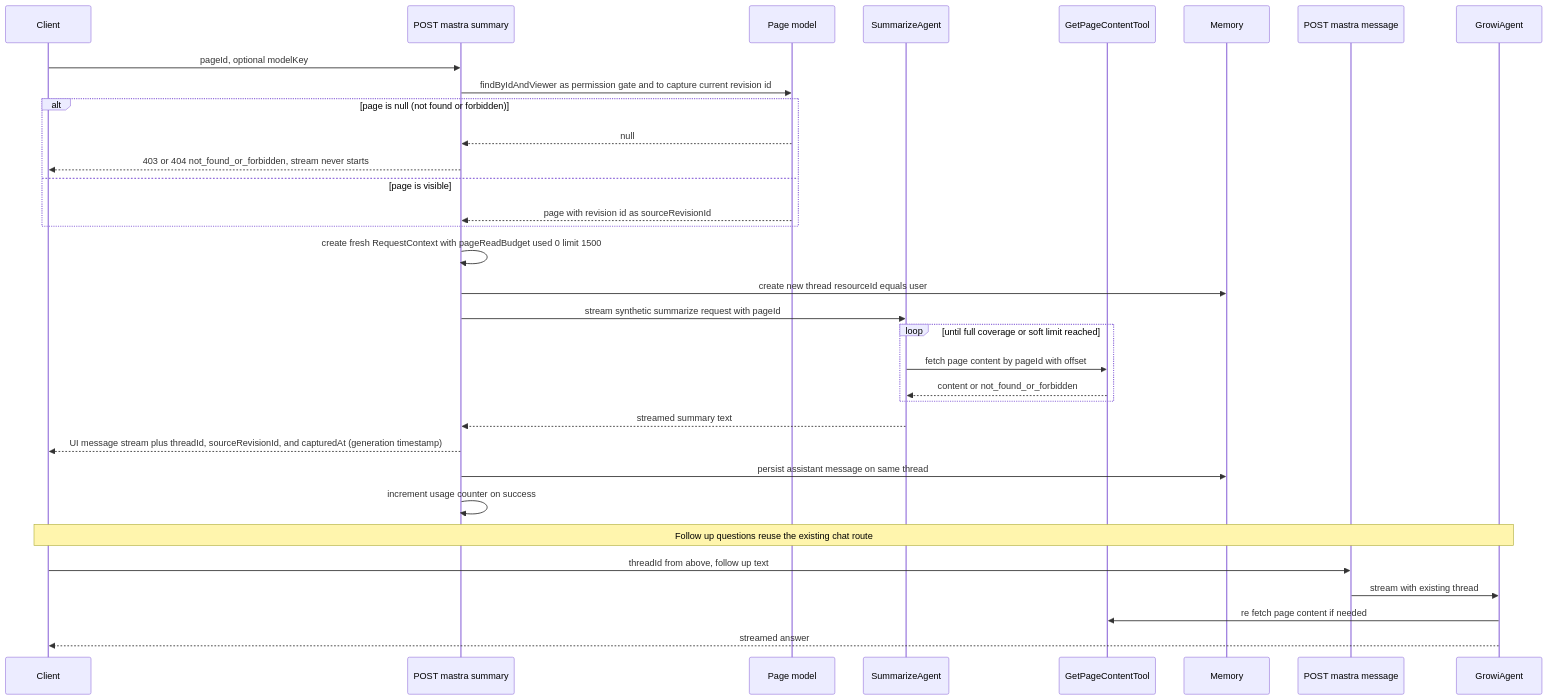
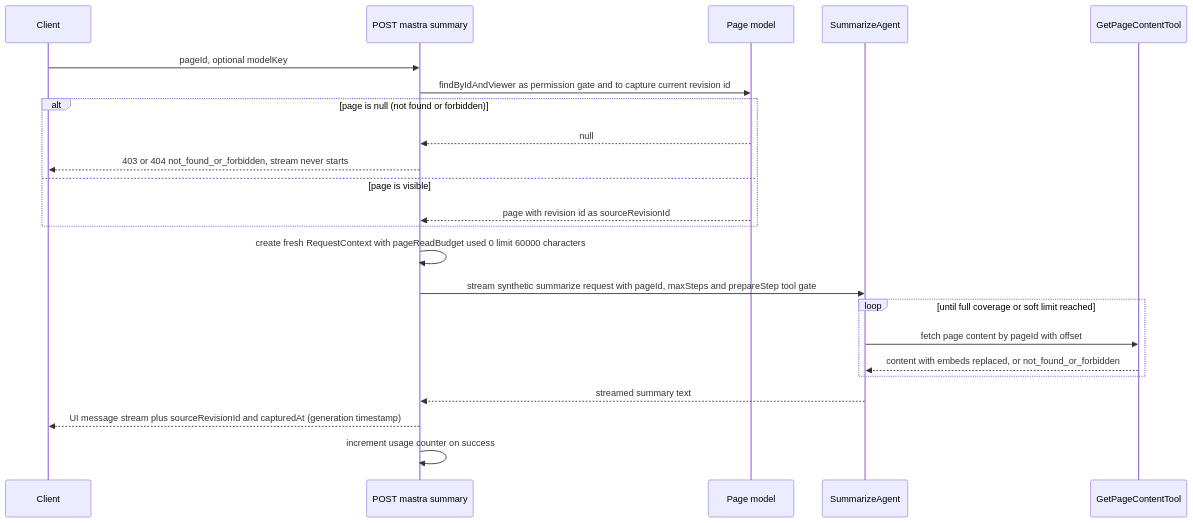
Before and after one commit to weseek/growi: the second of 4 diagrams in .kiro/specs/ai-summarize/design.md, drawn with Mermaid. The commit also changed other lines of this file and 35 other files, not shown here.

````diff
--- a/.kiro/specs/ai-summarize/design.md
+++ b/.kiro/specs/ai-summarize/design.md
@@ -240,37 +230,26 @@
 ```mermaid
 sequenceDiagram
     participant Client
     participant SummaryRoute as POST mastra summary
     participant PageModel as Page model
     participant SummarizeAgent
     participant GetPageContentTool
-    participant Memory
-    participant MessageRoute as POST mastra message
-    participant GrowiAgent
 
     Client->>SummaryRoute: pageId, optional modelKey
     SummaryRoute->>PageModel: findByIdAndViewer as permission gate and to capture current revision id
     alt page is null (not found or forbidden)
         PageModel-->>SummaryRoute: null
         SummaryRoute-->>Client: 403 or 404 not_found_or_forbidden, stream never starts
     else page is visible
         PageModel-->>SummaryRoute: page with revision id as sourceRevisionId
     end
-    SummaryRoute->>SummaryRoute: create fresh RequestContext with pageReadBudget used 0 limit 1500
-    SummaryRoute->>Memory: create new thread resourceId equals user
-    SummaryRoute->>SummarizeAgent: stream synthetic summarize request with pageId
+    SummaryRoute->>SummaryRoute: create fresh RequestContext with pageReadBudget used 0 limit 60000 characters
+    SummaryRoute->>SummarizeAgent: stream synthetic summarize request with pageId, maxSteps and prepareStep tool gate
     loop until full coverage or soft limit reached
         SummarizeAgent->>GetPageContentTool: fetch page content by pageId with offset
-        GetPageContentTool-->>SummarizeAgent: content or not_found_or_forbidden
+        GetPageContentTool-->>SummarizeAgent: content with embeds replaced, or not_found_or_forbidden
     end
     SummarizeAgent-->>SummaryRoute: streamed summary text
-    SummaryRoute-->>Client: UI message stream plus threadId, sourceRevisionId, and capturedAt (generation timestamp)
-    SummaryRoute->>Memory: persist assistant message on same thread
+    SummaryRoute-->>Client: UI message stream plus sourceRevisionId and capturedAt (generation timestamp)
     SummaryRoute->>SummaryRoute: increment usage counter on success
-
-    Note over Client,GrowiAgent: Follow up questions reuse the existing chat route
-    Client->>MessageRoute: threadId from above, follow up text
-    MessageRoute->>GrowiAgent: stream with existing thread
-    GrowiAgent->>GetPageContentTool: re fetch page content if needed
-    GrowiAgent-->>Client: streamed answer
 ```
````
